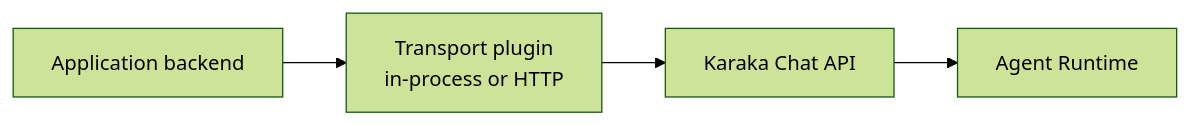
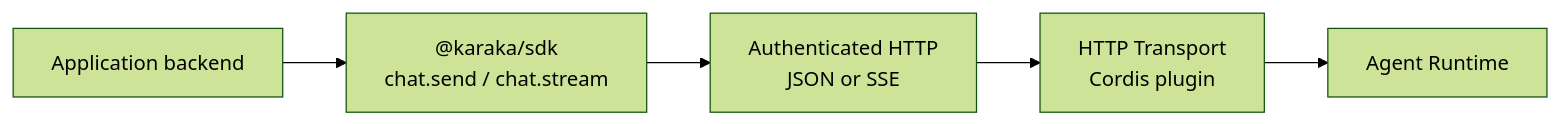
One commit to karaka-ai/karaka changed the fifth of 6 diagrams in docs/architecture.md. Above: the diagram before and after it, drawn with Mermaid (forest theme). The commit also changed other lines of this file and 24 other files, not shown here.

Commit message:
feat: add Karaka application SDK

````diff
--- a/docs/architecture.md
+++ b/docs/architecture.md
@@ -361,11 +361,13 @@
 ```mermaid
 flowchart LR
   Application["Application backend"]
-  Transport["Transport plugin<br/>in-process or HTTP"]
-  Chat["Karaka Chat API"]
+  SDK["@karaka/sdk<br/>chat.send / chat.stream"]
+  HTTP["Authenticated HTTP<br/>JSON or SSE"]
+  Transport["HTTP Transport<br/>Cordis plugin"]
   Runtime["Agent Runtime"]
 
-  Application --> Transport
-  Transport --> Chat
-  Chat --> Runtime
+  Application --> SDK
+  SDK --> HTTP
+  HTTP --> Transport
+  Transport --> Runtime
 ```
````
